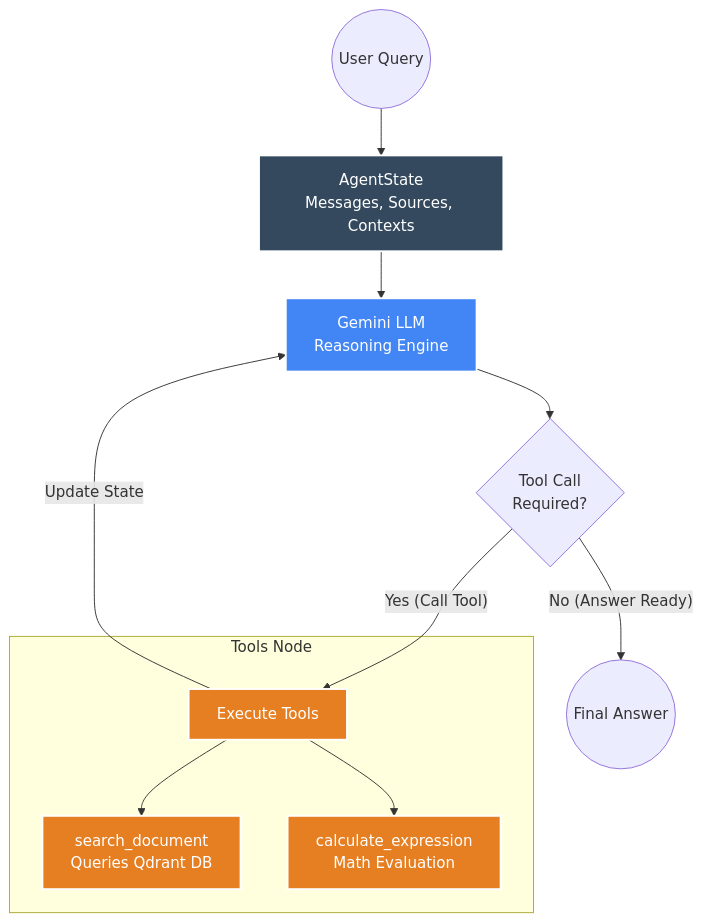
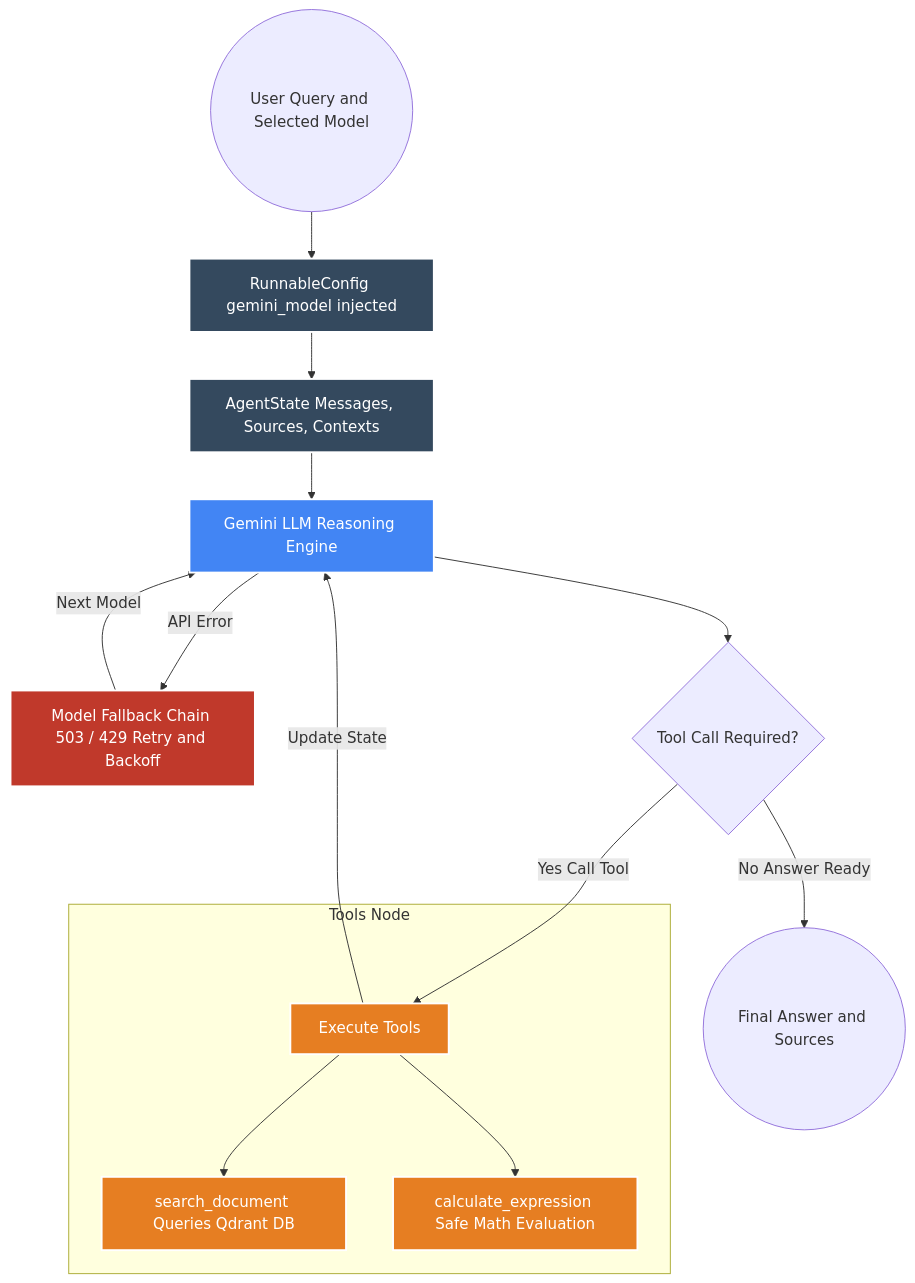
The second of 3 diagrams in README.md (SihanUdayaratna03/Astro-AI), drawn with Mermaid before and after one commit. The commit also changed other lines of this file and 1 other file, not shown here.

Commit message:
docs: rebrand to Astro AI, update README with landing screenshot and model tiers

````diff
--- a/README.md
+++ b/README.md
@@ -50,32 +50,34 @@
 ```mermaid
 graph TD
-    %% Define Styles
     classDef state fill:#34495e,stroke:#fff,stroke-width:2px,color:#fff
     classDef model fill:#4285f4,stroke:#fff,stroke-width:2px,color:#fff
     classDef tools fill:#e67e22,stroke:#fff,stroke-width:2px,color:#fff
+    classDef fallback fill:#c0392b,stroke:#fff,stroke-width:2px,color:#fff
 
-    %% Nodes
-    Start((User Query))
-    State[AgentState<br>Messages, Sources, Contexts]:::state
-    LLM[Gemini LLM<br>Reasoning Engine]:::model
-    ShouldContinue{Tool Call<br>Required?}
-    
+    Start((User Query and Selected Model))
+    State[AgentState Messages, Sources, Contexts]:::state
+    Config[RunnableConfig gemini_model injected]:::state
+    LLM[Gemini LLM Reasoning Engine]:::model
+    Fallback[Model Fallback Chain 503 / 429 Retry and Backoff]:::fallback
+    ShouldContinue{Tool Call Required?}
+
     subgraph Tools Node
         ToolNode[Execute Tools]:::tools
-        Search[search_document<br>Queries Qdrant DB]:::tools
-        Calc[calculate_expression<br>Math Evaluation]:::tools
-        
+        Search[search_document Queries Qdrant DB]:::tools
+        Calc[calculate_expression Safe Math Evaluation]:::tools
         ToolNode --> Search
         ToolNode --> Calc
     end
-    
-    End((Final Answer))
 
-    %% Flow
-    Start --> State
+    End((Final Answer and Sources))
+
+    Start --> Config
+    Config --> State
     State --> LLM
+    LLM -- "API Error" --> Fallback
+    Fallback -- "Next Model" --> LLM
     LLM --> ShouldContinue
-    ShouldContinue -- "Yes (Call Tool)" --> ToolNode
+    ShouldContinue -- "Yes Call Tool" --> ToolNode
     ToolNode -- "Update State" --> LLM
-    ShouldContinue -- "No (Answer Ready)" --> End
+    ShouldContinue -- "No Answer Ready" --> End
 ```
````
